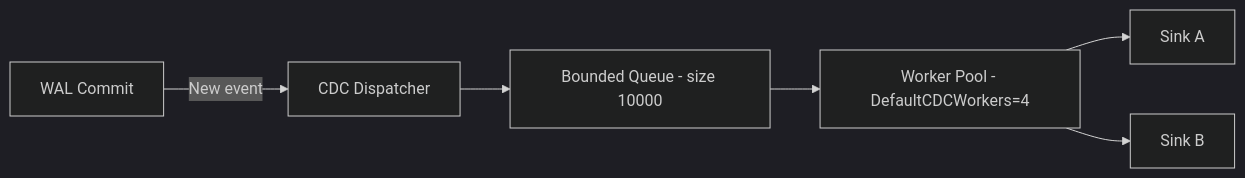
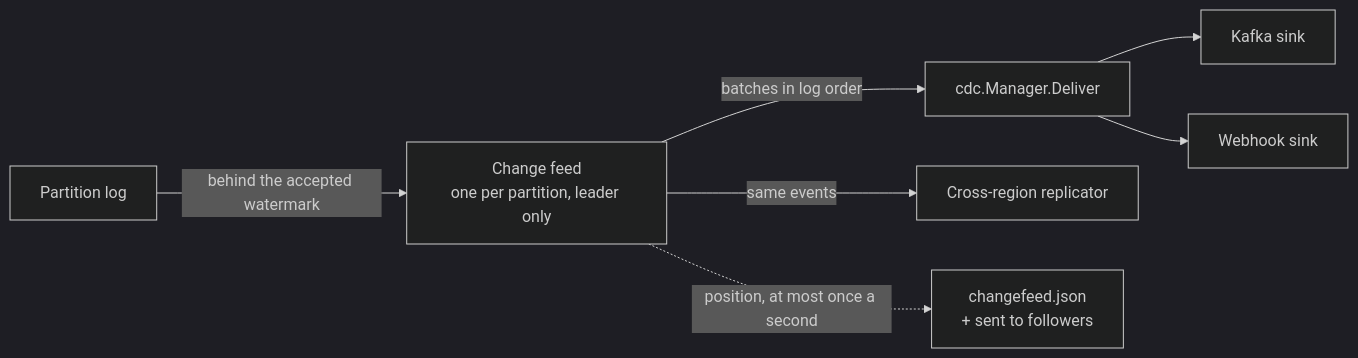
One commit to jatin711-debug/cronos_db_golang changed diagram 29 of 47 in ARCHITECTURE.md. Above: the diagram before and after it, drawn with Mermaid (dark theme). The commit also changed other lines of this file and 13 other files, not shown here.

````diff
--- a/ARCHITECTURE.md
+++ b/ARCHITECTURE.md
@@ -896,8 +897,9 @@
 ```mermaid
 graph LR
-    WAL[WAL Commit] -->|New event| CDC[CDC Dispatcher]
-    CDC --> Q[Bounded Queue - size 10000]
-    Q --> W[Worker Pool - DefaultCDCWorkers=4]
-    W --> S1[Sink A]
-    W --> S2[Sink B]
+    WAL[Partition log] -->|behind the accepted watermark| Feed[Change feed<br/>one per partition, leader only]
+    Feed -->|batches in log order| CDC[cdc.Manager.Deliver]
+    CDC --> S1[Kafka sink]
+    CDC --> S2[Webhook sink]
+    Feed -->|same events| XR[Cross-region replicator]
+    Feed -.->|position, at most once a second| Pos[changefeed.json<br/>+ sent to followers]
 ```
````
